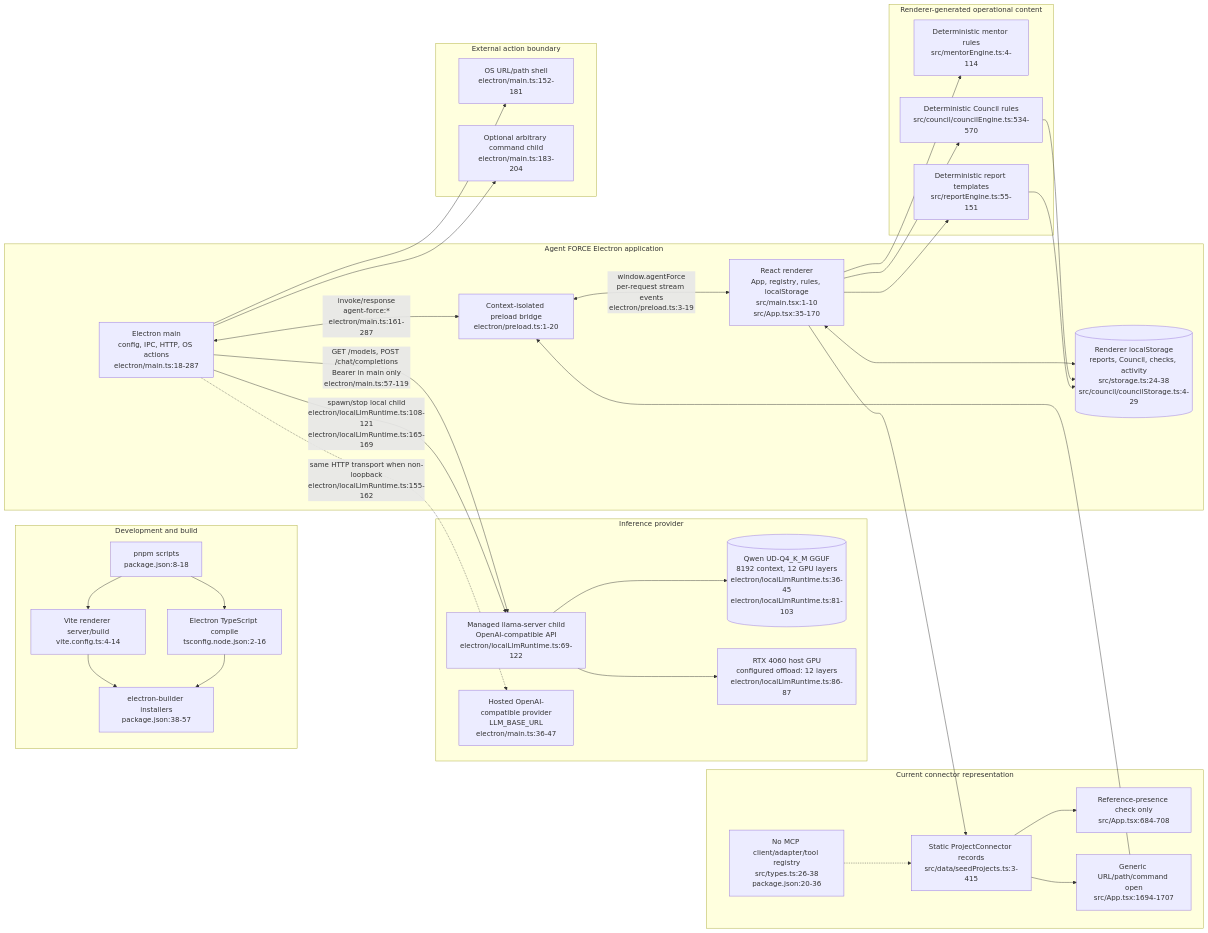
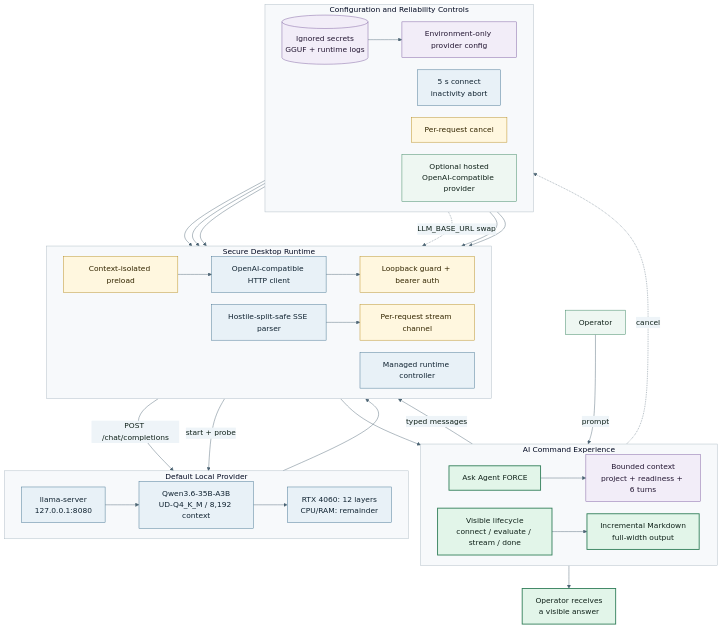
The diagram in SYSTEM_MAP.mmd (recaliendo/Agent.FORCE.Dashboard), drawn with Mermaid before and after one commit. The commit also changed 12 other files, not shown here.

Commit message:
docs(architecture): add executive diagram set

```diff
--- a/SYSTEM_MAP.mmd
+++ b/SYSTEM_MAP.mmd
@@ -1,64 +1,59 @@
-flowchart LR
-  subgraph Dev["Development and build"]
-    PNPM["pnpm scripts<br/>package.json:8-18"]
-    VITE["Vite renderer server/build<br/>vite.config.ts:4-14"]
-    TSC["Electron TypeScript compile<br/>tsconfig.node.json:2-16"]
-    BUILDER["electron-builder installers<br/>package.json:38-57"]
-    PNPM --> VITE
-    PNPM --> TSC
-    VITE --> BUILDER
-    TSC --> BUILDER
+%%{init: {"theme":"base","themeVariables":{"fontFamily":"Inter, Segoe UI, sans-serif","fontSize":"17px","primaryColor":"#eef7f2","primaryTextColor":"#10221a","primaryBorderColor":"#2f7d57","lineColor":"#4c6473","secondaryColor":"#eef4f8","tertiaryColor":"#fff7df","clusterBkg":"#f7f9fb","clusterBorder":"#aab8c2"},"flowchart":{"curve":"basis","nodeSpacing":28,"rankSpacing":52,"htmlLabels":true}}}%%
+flowchart TB
+  USER["Operator"] -->|prompt| CHAT
+
+  subgraph EXPERIENCE["AI Command Experience"]
+    direction LR
+    CHAT["Ask Agent FORCE"] --> CONTEXT["Bounded context<br/>project + readiness + 6 turns"]
+    UI["Incremental Markdown<br/>full-width output"]
+    STATE["Visible lifecycle<br/>connect / evaluate / stream / done"]
   end
 
-  subgraph Desktop["Agent FORCE Electron application"]
-    MAIN["Electron main<br/>config, IPC, HTTP, OS actions<br/>electron/main.ts:18-287"]
-    PRELOAD["Context-isolated preload bridge<br/>electron/preload.ts:1-20"]
-    RENDERER["React renderer<br/>App, registry, rules, localStorage<br/>src/main.tsx:1-10<br/>src/App.tsx:35-170"]
-    STORAGE[("Renderer localStorage<br/>reports, Council, checks, activity<br/>src/storage.ts:24-38<br/>src/council/councilStorage.ts:4-29")]
-    MAIN <-->|"invoke/response<br/>agent-force:*<br/>electron/main.ts:161-287"| PRELOAD
-    PRELOAD <-->|"window.agentForce<br/>per-request stream events<br/>electron/preload.ts:3-19"| RENDERER
-    RENDERER <--> STORAGE
+  subgraph DESKTOP["Secure Desktop Runtime"]
+    direction LR
+    PRELOAD["Context-isolated preload"]
+    STREAM["Per-request stream channel"]
+    CLIENT["OpenAI-compatible HTTP client"]
+    GUARD["Loopback guard + bearer auth"]
+    SSE["Hostile-split-safe SSE parser"]
+    RUNTIME["Managed runtime controller"]
   end
 
-  subgraph Inference["Inference provider"]
-    RUNTIME["Managed llama-server child<br/>OpenAI-compatible API<br/>electron/localLlmRuntime.ts:69-122"]
-    MODEL[("Qwen UD-Q4_K_M GGUF<br/>8192 context, 12 GPU layers<br/>electron/localLlmRuntime.ts:36-45<br/>electron/localLlmRuntime.ts:81-103")]
-    GPU["RTX 4060 host GPU<br/>configured offload: 12 layers<br/>electron/localLlmRuntime.ts:86-87"]
-    HOSTED["Hosted OpenAI-compatible provider<br/>LLM_BASE_URL<br/>electron/main.ts:36-47"]
-    RUNTIME --> MODEL
-    RUNTIME --> GPU
+  subgraph LOCAL["Default Local Provider"]
+    direction LR
+    SERVER["llama-server<br/>127.0.0.1:8080"]
+    MODEL["Qwen3.6-35B-A3B<br/>UD-Q4_K_M / 8,192 context"]
+    COMPUTE["RTX 4060: 12 layers<br/>CPU/RAM: remainder"]
   end
 
-  MAIN -->|"GET /models, POST /chat/completions<br/>Bearer in main only<br/>electron/main.ts:57-119"| RUNTIME
-  MAIN -.->|"same HTTP transport when non-loopback<br/>electron/localLlmRuntime.ts:155-162"| HOSTED
-  MAIN -->|"spawn/stop local child<br/>electron/localLlmRuntime.ts:108-121<br/>electron/localLlmRuntime.ts:165-169"| RUNTIME
+  subgraph CONTROLS["Configuration and Reliability Controls"]
+    direction LR
+    CONFIG["Environment-only provider config"]
+    TIMEOUT["5 s connect<br/>inactivity abort"]
+    CANCEL["Per-request cancel"]
+    STORE[("Ignored secrets<br/>GGUF + runtime logs")]
+    HOSTED["Optional hosted<br/>OpenAI-compatible provider"]
+  end
 
-  subgraph ExternalActions["External action boundary"]
-    SHELL["OS URL/path shell<br/>electron/main.ts:152-181"]
-    CMD["Optional arbitrary command child<br/>electron/main.ts:183-204"]
-  end
-  MAIN --> SHELL
-  MAIN --> CMD
+  CONTEXT -->|typed messages| PRELOAD
+  PRELOAD --> CLIENT --> GUARD -->|POST /chat/completions| SERVER
+  SERVER --> SSE --> STREAM --> STATE --> UI
+  UI --> OUTCOME["Operator receives<br/>a visible answer"]
+  RUNTIME -->|start + probe| SERVER
+  SERVER --> MODEL --> COMPUTE
+  CONFIG --> CLIENT
+  CONFIG --> RUNTIME
+  STORE --> CONFIG
+  STORE --> RUNTIME
+  HOSTED -. LLM_BASE_URL swap .-> CLIENT
+  TIMEOUT --> CLIENT
+  CHAT -. cancel .-> CANCEL --> CLIENT
 
-  subgraph Connectors["Current connector representation"]
-    SEED["Static ProjectConnector records<br/>src/data/seedProjects.ts:3-415"]
-    CHECK["Reference-presence check only<br/>src/App.tsx:684-708"]
-    OPEN["Generic URL/path/command open<br/>src/App.tsx:1694-1707"]
-    NOMCP["No MCP client/adapter/tool registry<br/>src/types.ts:26-38<br/>package.json:20-36"]
-    SEED --> CHECK
-    SEED --> OPEN
-    NOMCP -.-> SEED
-  end
-  RENDERER --> SEED
-  OPEN --> PRELOAD
-
-  subgraph Synthetic["Renderer-generated operational content"]
-    MENTOR["Deterministic mentor rules<br/>src/mentorEngine.ts:4-114"]
-    COUNCIL["Deterministic Council rules<br/>src/council/councilEngine.ts:534-570"]
-    REPORT["Deterministic report templates<br/>src/reportEngine.ts:55-151"]
-  end
-  RENDERER --> MENTOR
-  RENDERER --> COUNCIL
-  RENDERER --> REPORT
-  COUNCIL --> STORAGE
-  REPORT --> STORAGE
+  classDef primary fill:#e2f5e9,stroke:#2f7d57,color:#10221a,stroke-width:2px;
+  classDef boundary fill:#fff7df,stroke:#b58812,color:#332600;
+  classDef runtime fill:#e8f1f7,stroke:#3b6d8c,color:#102331;
+  classDef data fill:#f2edf8,stroke:#76559b,color:#241733;
+  class CHAT,UI,STATE,OUTCOME primary;
+  class PRELOAD,STREAM,CANCEL,GUARD boundary;
+  class CLIENT,SSE,TIMEOUT,RUNTIME,SERVER,MODEL,COMPUTE runtime;
+  class STORE,CONTEXT,CONFIG data;
```
